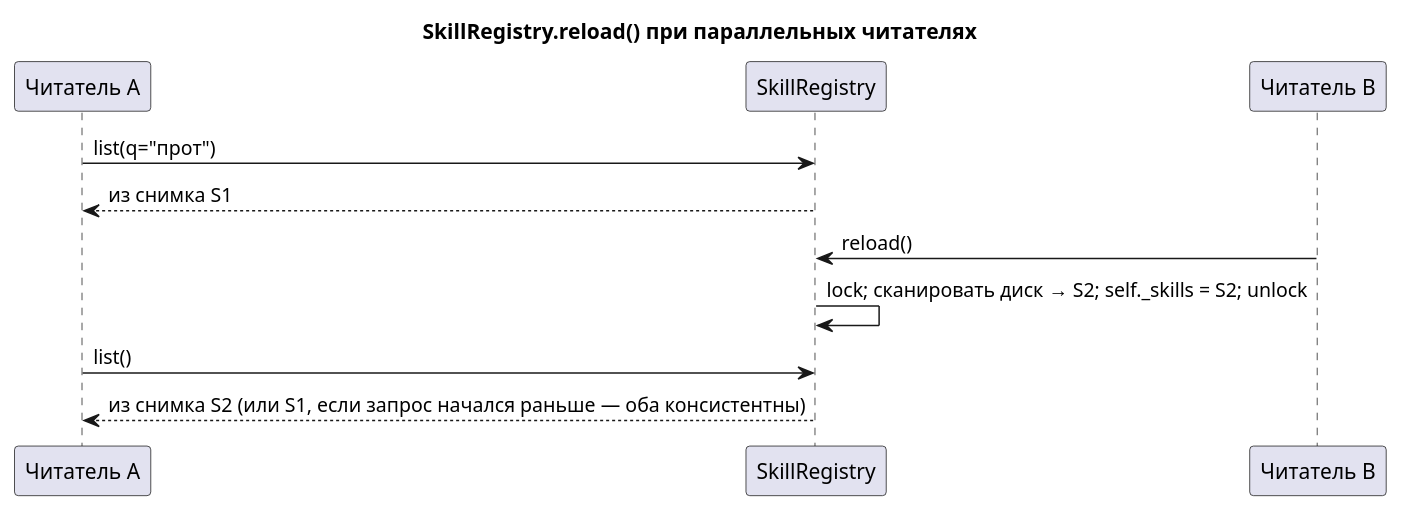
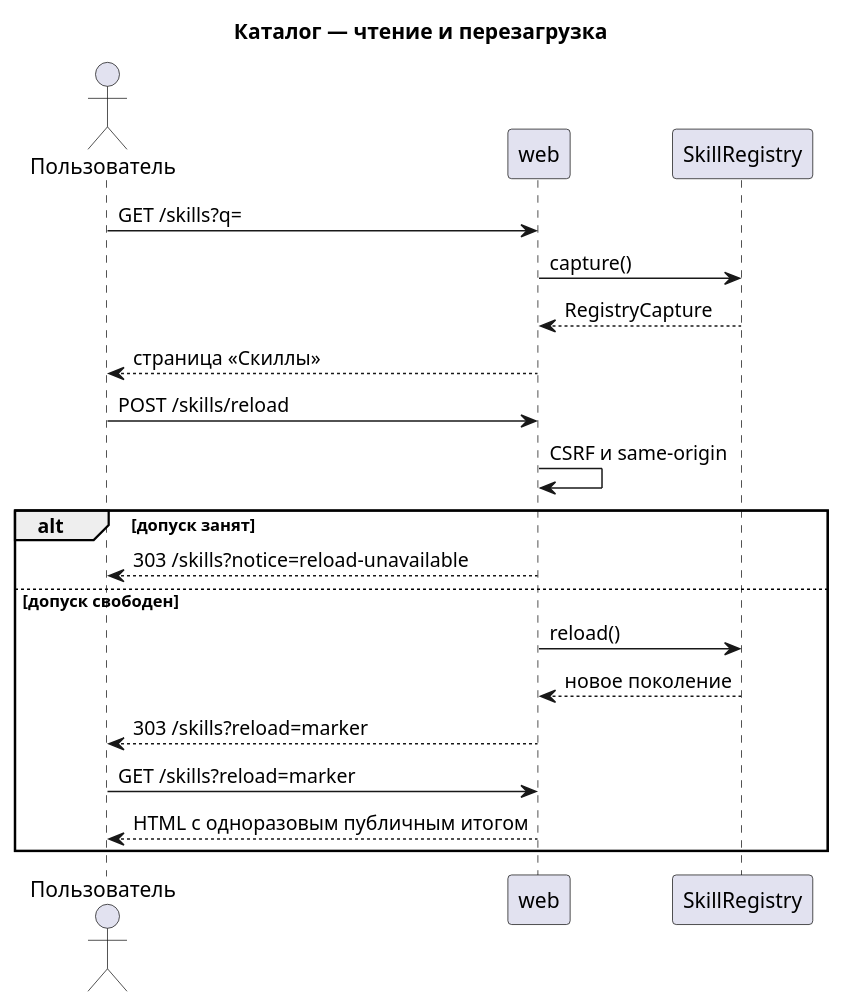
One commit to GlebKostousov/skillhub changed the sixth of 6 diagrams in docs/architecture/skillhub.md. Above: the diagram before and after it, drawn with PlantUML. The commit also changed other lines of this file and 168 other files, not shown here.

````diff
--- a/docs/architecture/skillhub.md
+++ b/docs/architecture/skillhub.md
@@ -252,14 +375,25 @@
 ```puml
 @startuml
-title SkillRegistry.reload() при параллельных читателях
-participant "Читатель A" as A
+title Каталог — чтение и перезагрузка
+actor Пользователь as U
+participant web
 participant SkillRegistry as R
-participant "Читатель B" as B
-A -> R : list(q="прот")
-R --> A : из снимка S1
-B -> R : reload()
-R -> R : lock; сканировать диск → S2; self._skills = S2; unlock
-A -> R : list()
-R --> A : из снимка S2 (или S1, если запрос начался раньше — оба консистентны)
+
+U -> web : GET /skills?q=
+web -> R : capture()
+R --> web : RegistryCapture
+web --> U : страница «Скиллы»
+
+U -> web : POST /skills/reload
+web -> web : CSRF и same-origin
+alt допуск занят
+  web --> U : 303 /skills?notice=reload-unavailable
+else допуск свободен
+  web -> R : reload()
+  R --> web : новое поколение
+  web --> U : 303 /skills?reload=marker
+  U -> web : GET /skills?reload=marker
+  web --> U : HTML с одноразовым публичным итогом
+end
 @enduml
 ```
````
